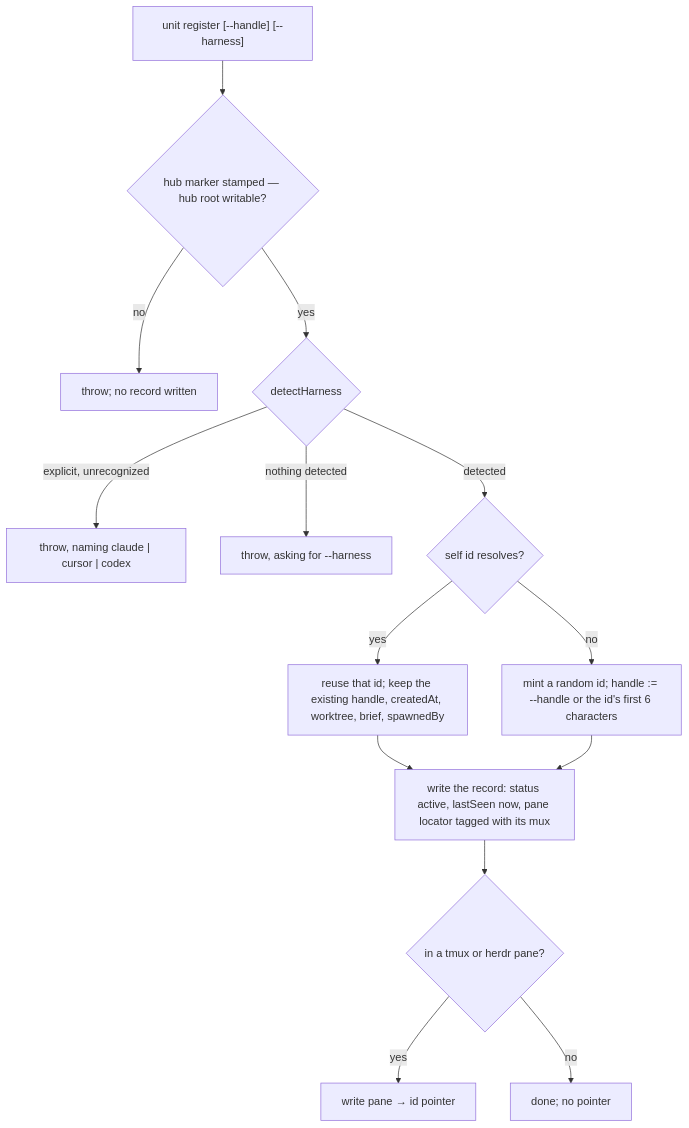
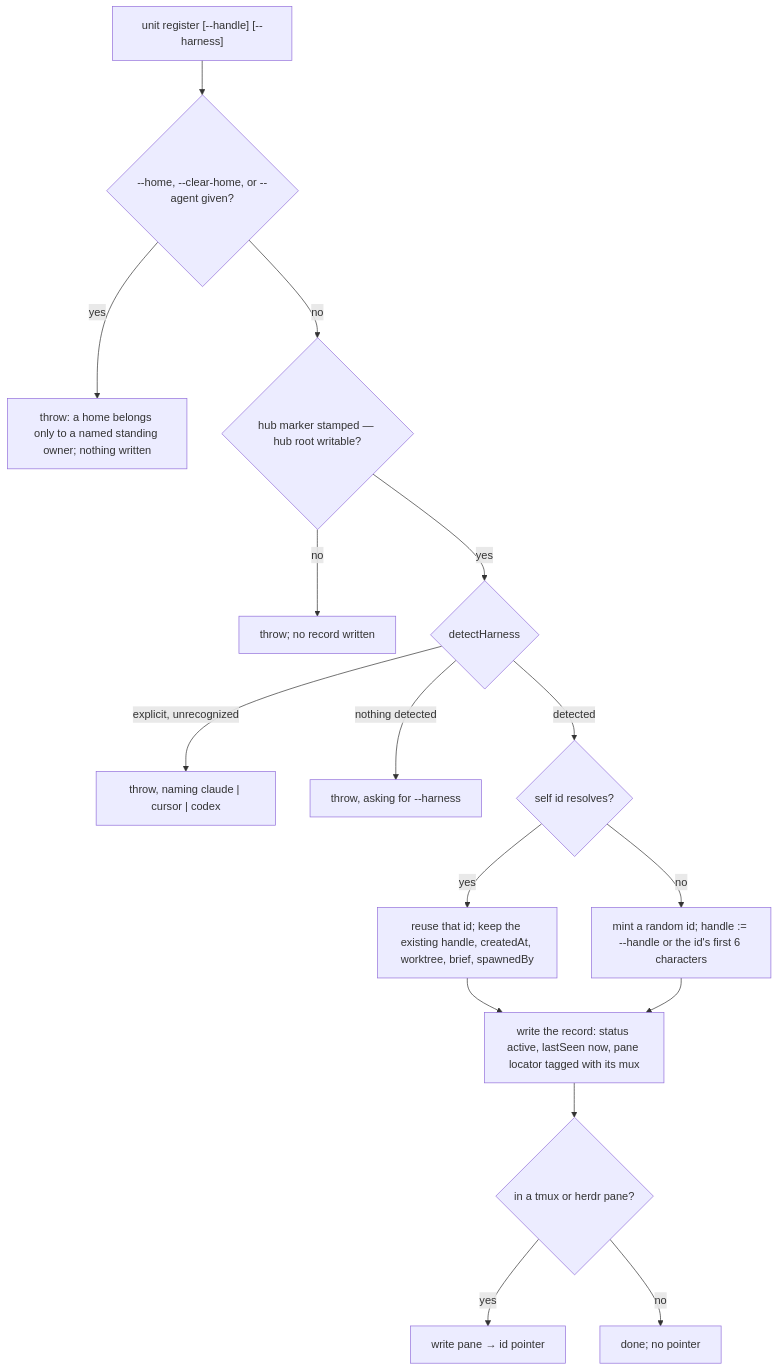
The first of 13 diagrams in packages/cyberlegion/.agents/spec/unit/registry/README.md (cyberuni/cyberlegion), drawn with Mermaid before and after one commit. The commit also changed other lines of this file and 24 other files, not shown here.

First line of the commit message:
feat: spawn a standing owner's presence into its home on delivery (#155)

````diff
--- a/packages/cyberlegion/.agents/spec/unit/registry/README.md
+++ b/packages/cyberlegion/.agents/spec/unit/registry/README.md
@@ -351,16 +400,18 @@
 ```mermaid
 graph TD
-  RG0["unit register [--handle] [--harness]"] --> RG1{"hub marker stamped — hub root writable?"}
+  RG0["unit register [--handle] [--harness]"] --> RGH{"--home, --clear-home, or --agent given?"}
+  RGH -- yes --> RGHX["throw: a home belongs only to a named standing owner; nothing written"]
+  RGH -- no --> RG1{"hub marker stamped — hub root writable?"}
   RG1 -- no --> RG1X["throw; no record written"]
   RG1 -- yes --> RG2{"detectHarness"}
   RG2 -- "explicit, unrecognized" --> RG2T["throw, naming claude | cursor | codex"]
   RG2 -- "nothing detected" --> RG2X["throw, asking for --harness"]
   RG2 -- detected --> RG3{"self id resolves?"}
   RG3 -- yes --> RG4["reuse that id; keep the existing handle, createdAt, worktree, brief, spawnedBy"]
   RG3 -- no --> RG5["mint a random id; handle := --handle or the id's first 6 characters"]
   RG4 --> RG6["write the record: status active, lastSeen now, pane locator tagged with its mux"]
   RG5 --> RG6
   RG6 --> RG7{"in a tmux or herdr pane?"}
   RG7 -- yes --> RG8["write pane → id pointer"]
   RG7 -- no --> RG9["done; no pointer"]
 ```
````
